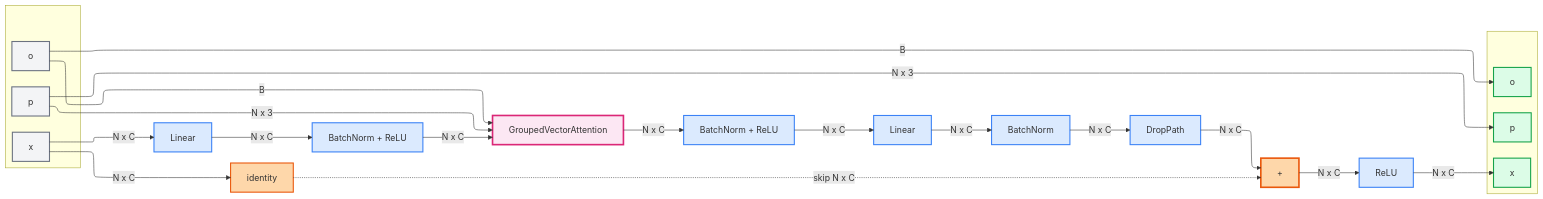
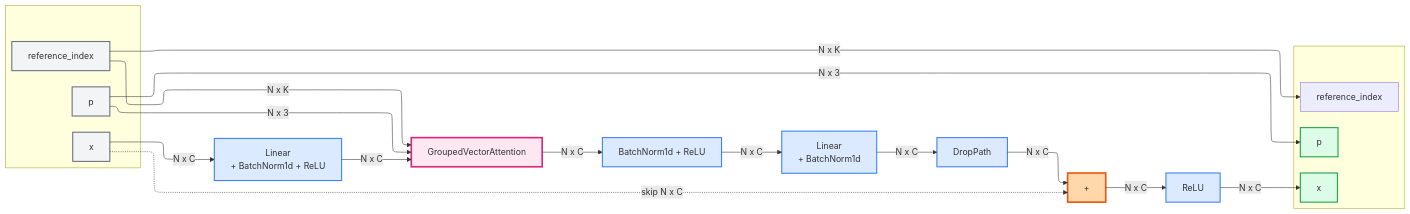
One commit to antoineach/antoineach.github.io changed the diagram in assets/img/poinTransformerV2/block.md. Above: the diagram before and after it, drawn with Mermaid. The commit also changed 3 other files, not shown here.

````diff
--- a/assets/img/poinTransformerV2/block.md
+++ b/assets/img/poinTransformerV2/block.md
@@ -1,63 +1,57 @@
 ```mermaid
 ---
 config:
   layout: elk
 ---
 graph LR
     subgraph InputPXO[" "]
         p["p"]
         x["x"]
-        o["o"]
+        ref["reference_index"]
     end
     
-    x -->|N x C| Identity["identity"]
-    x -->|N x C| FC1["Linear"]
+    x -->|N x C| FC1["Linear<br>+ BatchNorm1d + ReLU"]
     
-    FC1 -->|N x C| Norm1["BatchNorm + ReLU"]
-    Norm1 -->|N x C| GVA["GroupedVectorAttention"]
+    FC1 -->|N x C| GVA["GroupedVectorAttention"]
     
     p -->|N x 3| GVA
-    o -->|B| GVA
+    ref -->|N x K| GVA
     
-    GVA -->|N x C| Norm2["BatchNorm + ReLU"]
-    Norm2 -->|N x C| FC3["Linear"]
-    FC3 -->|N x C| Norm3["BatchNorm"]
+    GVA -->|N x C| Norm2["BatchNorm1d + ReLU"]
+    Norm2 -->|N x C| FC3["Linear<br>+ BatchNorm1d"]
     
-    Norm3 -->|N x C| DropPath["DropPath"]
+    FC3 -->|N x C| DropPath["DropPath"]
     DropPath -->|N x C| Add["+"]
-    Identity -.skip N x C.-> Add
+    x -.skip N x C.-> Add
     
     Add -->|N x C| ReLU["ReLU"]
     
     subgraph OutputPXO[" "]
         pout["p"]
         xout["x"]
-        oout["o"]
+        oout["reference_index"]
     end
     
     p -->|N x 3| pout
     ReLU -->|N x C| xout
-    o -->|B| oout
+
+    ref -->|N x K| oout
     
     style p fill:#f3f4f6,stroke:#6b7280,stroke-width:2px
     style x fill:#f3f4f6,stroke:#6b7280,stroke-width:2px
-    style o fill:#f3f4f6,stroke:#6b7280,stroke-width:2px
+    style ref fill:#f3f4f6,stroke:#6b7280,stroke-width:2px
     
-    style Identity fill:#fed7aa,stroke:#ea580c,stroke-width:2px
     style FC1 fill:#dbeafe,stroke:#3b82f6,stroke-width:2px
-    style Norm1 fill:#dbeafe,stroke:#3b82f6,stroke-width:2px
     
     style GVA fill:#fce7f3,stroke:#db2777,stroke-width:3px
     
     style Norm2 fill:#dbeafe,stroke:#3b82f6,stroke-width:2px
     style FC3 fill:#dbeafe,stroke:#3b82f6,stroke-width:2px
-    style Norm3 fill:#dbeafe,stroke:#3b82f6,stroke-width:2px
     style DropPath fill:#dbeafe,stroke:#3b82f6,stroke-width:2px
     
     style Add fill:#fed7aa,stroke:#ea580c,stroke-width:3px
     style ReLU fill:#dbeafe,stroke:#3b82f6,stroke-width:2px
     
     style pout fill:#dcfce7,stroke:#16a34a,stroke-width:2px
     style xout fill:#dcfce7,stroke:#16a34a,stroke-width:2px
-    style oout fill:#dcfce7,stroke:#16a34a,stroke-width:2px
 ```
````
